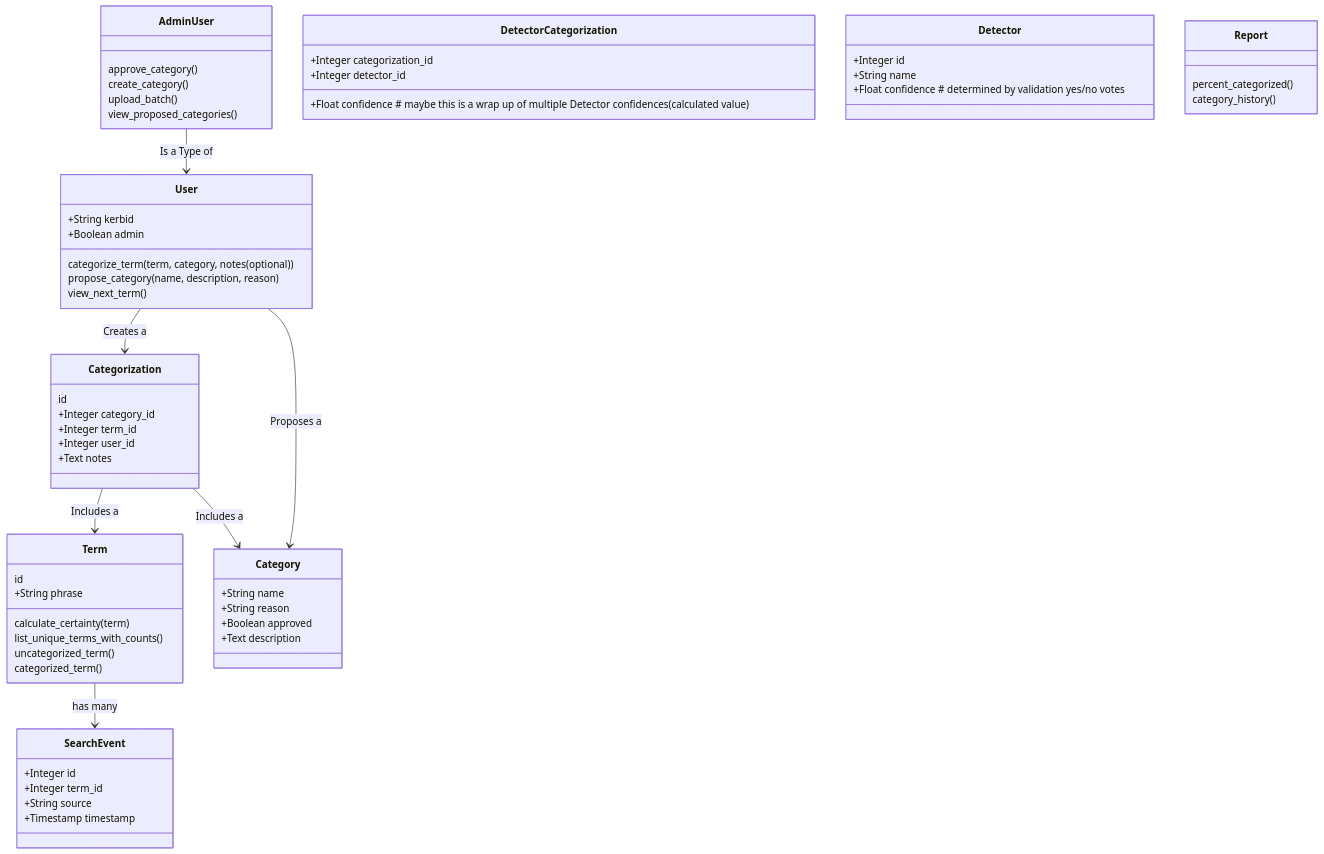
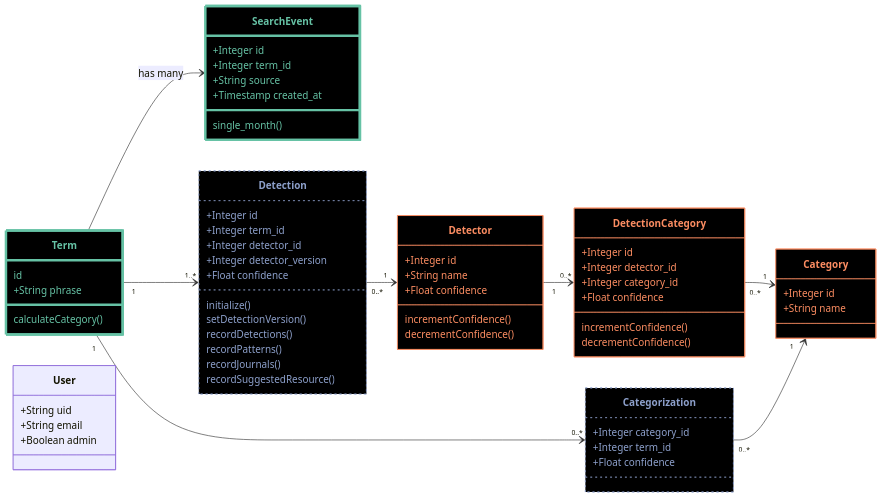
One commit to MITLibraries/tacos changed the diagram in docs/reference/classes.md. Above: the diagram before and after it, drawn with Mermaid. The commit also changed other lines of this file and 10 other files, not shown here.

````diff
--- a/docs/reference/classes.md
+++ b/docs/reference/classes.md
@@ -5,66 +11,80 @@
 ```mermaid
 classDiagram
-  direction TB
+  direction LR
   
-  AdminUser --> User : Is a Type of
   Term --> SearchEvent : has many
 
-  User --> Categorization : Creates a
-  User --> Category : Proposes a
-  Categorization --> Term : Includes a
-  Categorization --> Category : Includes a
+  Term "1" --> "1..*" Detection
+  Term "1" --> "0..*" Categorization
+  Detection "0..*" --> "1" Detector
 
+  DetectionCategory "0..*" --> "1" Category
+
+  Categorization "0..*" --> "1" Category
+
+  Detector "1" --> "0..*" DetectionCategory
+
+  class User
+    User: +String uid
+    User: +String email
+    User: +Boolean admin
+  
   class Term
     Term: id
     Term: +String phrase
-    Term: calculate_certainty(term)
-    Term: list_unique_terms_with_counts()
-    Term: uncategorized_term()
-    Term: categorized_term()
+    Term: calculateCategory()
 
   class SearchEvent
     SearchEvent: +Integer id
     SearchEvent: +Integer term_id
     SearchEvent: +String source
-    SearchEvent: +Timestamp timestamp
+    SearchEvent: +Timestamp created_at
+    SearchEvent: single_month()
 
-  class User
-    User: +String kerbid
-    User: +Boolean admin
-    User: categorize_term(term, category, notes (optional))
-    User: propose_category(name, description, reason)
-    User: view_next_term()
-  
-  class AdminUser
-    AdminUser: approve_category()
-    AdminUser: create_category()
-    AdminUser: upload_batch()
-    AdminUser: view_proposed_categories()
-
-  class Category
-    Category: +String name
-    Category: +String reason
-    Category: +Boolean approved
-    Category: +Text description
-
-  class Categorization
-    Categorization: id
-    Categorization: +Integer category_id
-    Categorization: +Integer term_id
-    Categorization: +Integer user_id
-    Categorization: +Text notes
-
-  class DetectorCategorization
-    DetectorCategorization: +Integer categorization_id
-    DetectorCategorization: +Integer detector_id
-    DetectorCategorization: +Float confidence # maybe this is a wrap up of multiple Detector confidences (calculated value)
+  class Detection
+    Detection: +Integer id
+    Detection: +Integer term_id
+    Detection: +Integer detector_id
+    Detection: +Integer detector_version
+    Detection: +Float confidence
+    Detection: initialize()
+    Detection: setDetectionVersion()
+    Detection: recordDetections()
+    Detection: recordPatterns()
+    Detection: recordJournals()
+    Detection: recordSuggestedResource()
 
   class Detector
     Detector: +Integer id
     Detector: +String name
-    Detector: +Float confidence # determined by validation yes/no votes
+    Detector: +Float confidence
+    Detector: incrementConfidence()
+    Detector: decrementConfidence()
 
-  class Report
-    Report: percent_categorized()
-    Report: category_history()
+  class Category
+    Category: +Integer id
+    Category: +String name
+
+  class Categorization
+    Categorization: +Integer category_id
+    Categorization: +Integer term_id
+    Categorization: +Float confidence
+
+  class DetectionCategory
+    DetectionCategory: +Integer id
+    DetectionCategory: +Integer detector_id
+    DetectionCategory: +Integer category_id
+    DetectionCategory: +Float confidence
+    DetectionCategory: incrementConfidence()
+    DetectionCategory: decrementConfidence()
+
+  style SearchEvent fill:#000,stroke:#66c2a5,color:#66c2a5,stroke-width:4px;
+  style Term fill:#000,stroke:#66c2a5,color:#66c2a5,stroke-width:4px;
+
+  style Category fill:#000,stroke:#fc8d62,color:#fc8d62
+  style DetectionCategory fill:#000,stroke:#fc8d62,color:#fc8d62
+  style Detector fill:#000,stroke:#fc8d62,color:#fc8d62
+
+  style Categorization fill:#000,stroke:#8da0cb,color:#8da0cb,stroke-dasharray: 3 5;
+  style Detection fill:#000,stroke:#8da0cb,color:#8da0cb,stroke-dasharray: 3 5;
 ```
````
